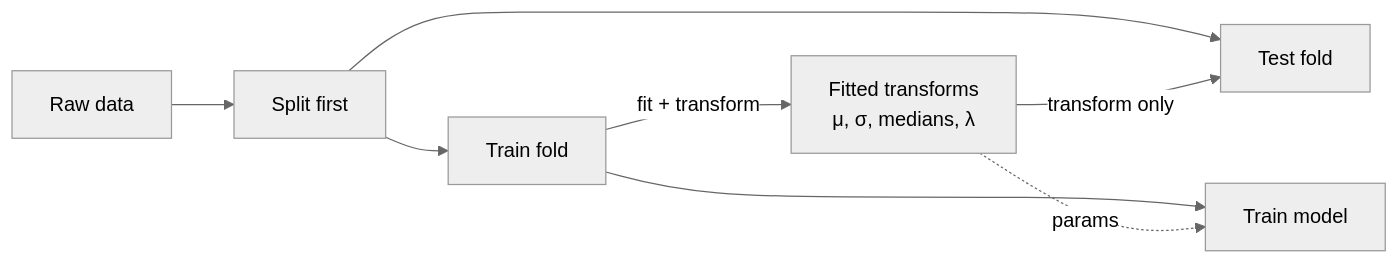
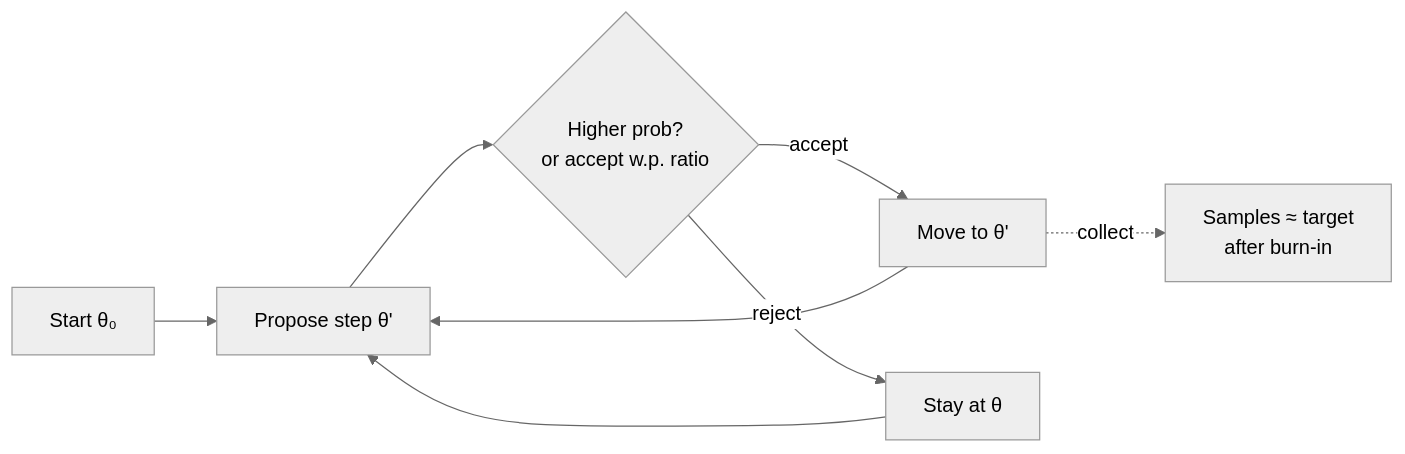
Before and after one commit to kader-xai/kader-xai.github.io: the third of 3 diagrams in ai-ml-encyclopedia/ch04.qmd, drawn with Mermaid (neutral theme). The commit also changed other lines of this file and 47 other files, not shown here.

````diff
--- a/ai-ml-encyclopedia/ch04.qmd
+++ b/ai-ml-encyclopedia/ch04.qmd
@@ -285,10 +388,10 @@
 ```{mermaid}
 flowchart LR
-  A[Raw data] --> B[Split first]
-  B --> C[Train fold]
-  B --> D[Test fold]
-  C -->|fit + transform| E[Fitted transforms<br/>μ, σ, medians, λ]
-  E -->|transform only| D
-  C --> F[Train model]
-  E -.params.-> F
+  S[Start θ₀] --> P[Propose step θ']
+  P --> R{"Higher prob?<br/>or accept w.p. ratio"}
+  R -->|accept| M[Move to θ']
+  R -->|reject| K[Stay at θ]
+  M --> P
+  K --> P
+  M -.collect.-> H[Samples ≈ target<br/>after burn-in]
 ```
````
